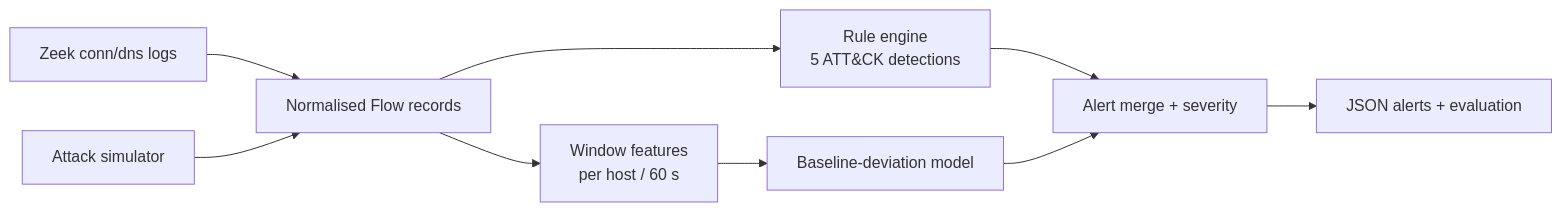
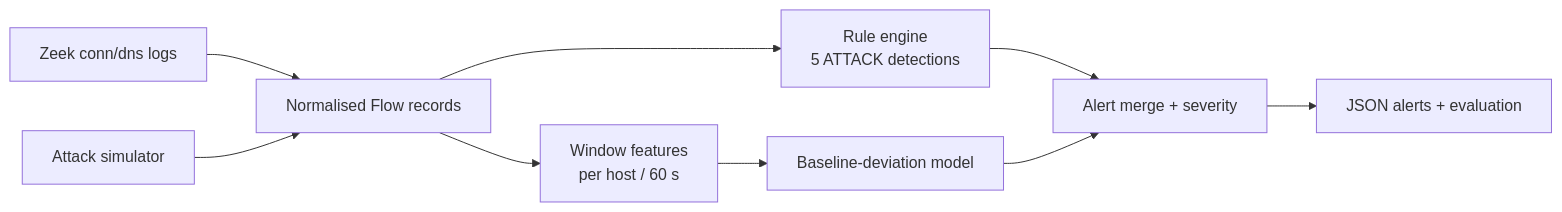
The diagram in README.md (rimsha468/sentinelflow-network-threat-detection), drawn with Mermaid before and after one commit. The commit also changed other lines of this file, not shown here.

````diff
--- a/README.md
+++ b/README.md
@@ -15,11 +15,11 @@
 ```mermaid
 flowchart LR
     A[Zeek conn/dns logs] --> C[Normalised Flow records]
     B[Attack simulator] --> C
-    C --> R[Rule engine<br/>5 ATT&CK detections]
+    C --> R[Rule engine<br/>5 ATTACK detections]
     C --> F[Window features<br/>per host / 60 s]
     F --> M[Baseline-deviation model]
     R --> G[Alert merge + severity]
     M --> G
     G --> O[JSON alerts + evaluation]
 ```
````
